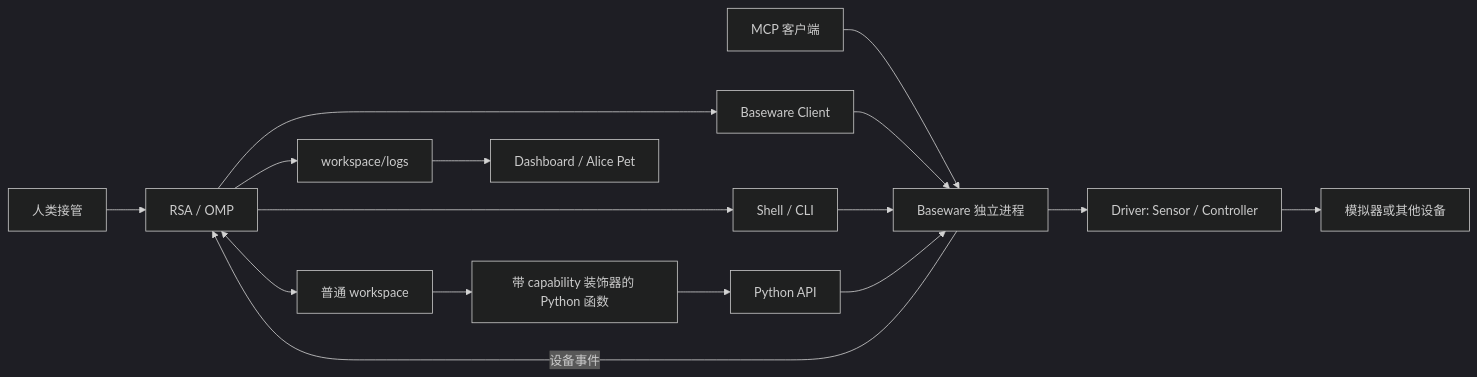
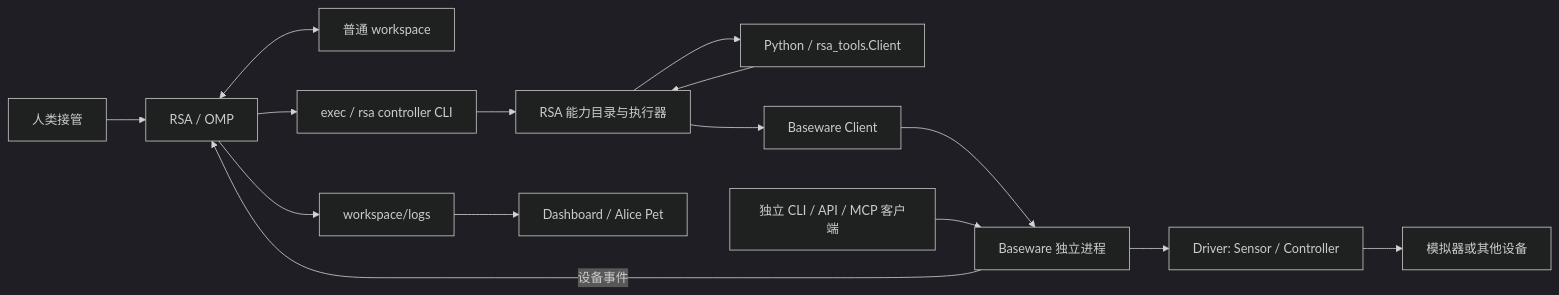
Before and after one commit to luokerenx4/Ludens-alpha: the diagram in rsa/docs/architecture.md, drawn with Mermaid (dark theme). The commit also changed other lines of this file and 23 other files, not shown here.

Commit message:
Route workspace capabilities through the RSA controller CLI and API

````diff
--- a/rsa/docs/architecture.md
+++ b/rsa/docs/architecture.md
@@ -7,18 +7,17 @@
 ```mermaid
 flowchart LR
     H[人类接管] --> R[RSA / OMP]
     R <--> W[普通 workspace]
-    W --> P[带 capability 装饰器的 Python 函数]
-    R --> C[Baseware Client]
-    R --> S[Shell / CLI]
-    P --> A[Python API]
-    M[MCP 客户端] --> B[Baseware 独立进程]
-    C --> B
-    S --> B
-    A --> B
+    R --> S[exec / rsa controller CLI]
+    S --> F[RSA 能力目录与执行器]
+    P[Python / rsa_tools.Client] --> F
+    F --> P
+    F --> C[Baseware Client]
+    C --> B[Baseware 独立进程]
+    M[独立 CLI / API / MCP 客户端] --> B
     B --> D[Driver: Sensor / Controller]
     D --> E[模拟器或其他设备]
     B -->|设备事件| R
     R --> L[workspace/logs]
     L --> V[Dashboard / Alice Pet]
 ```
````
